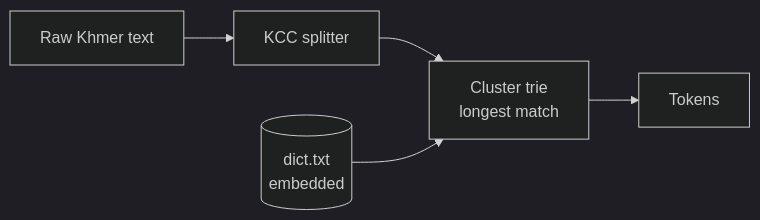
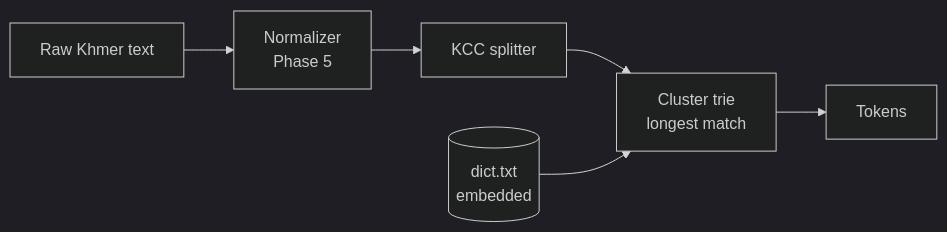
One commit to Alujack/khmer-tokenizer changed the first of 5 diagrams in docs/ARCHITECTURE.md. Above: the diagram before and after it, drawn with Mermaid (dark theme). The commit also changed other lines of this file and 8 other files, not shown here.

````diff
--- a/docs/ARCHITECTURE.md
+++ b/docs/ARCHITECTURE.md
@@ -43,7 +43,8 @@
 ```mermaid
 flowchart LR
-    A[Raw Khmer text] --> B[KCC splitter]
+    A[Raw Khmer text] --> N[Normalizer<br/>Phase 5]
+    N --> B[KCC splitter]
     B --> C[Cluster trie<br/>longest match]
     C --> D[Tokens]
     E[(dict.txt<br/>embedded)] --> C
 ```
````
